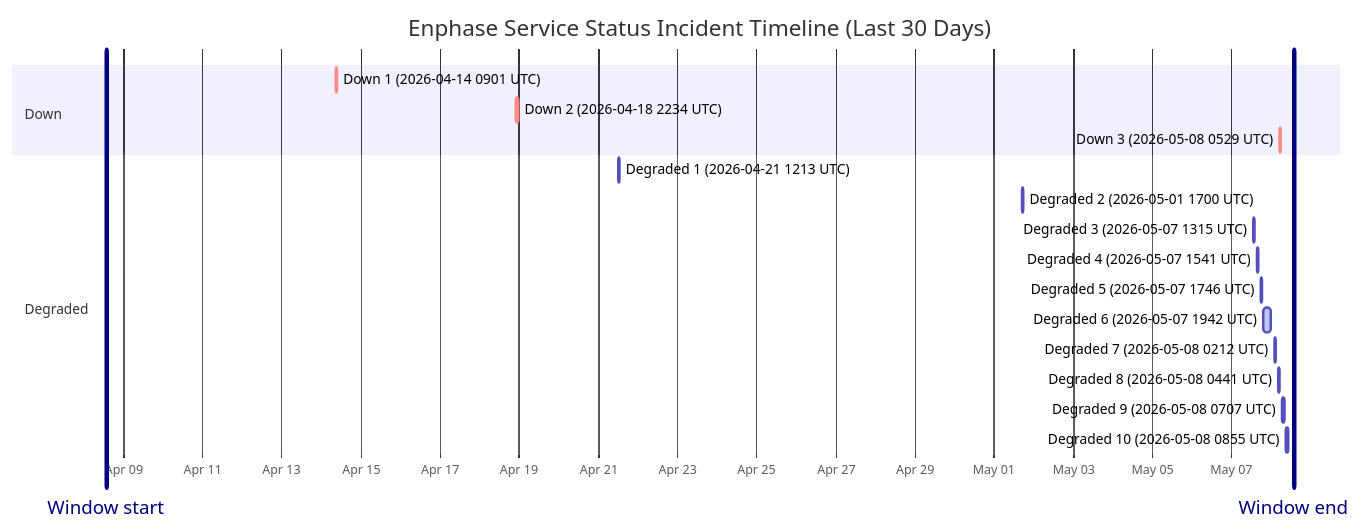
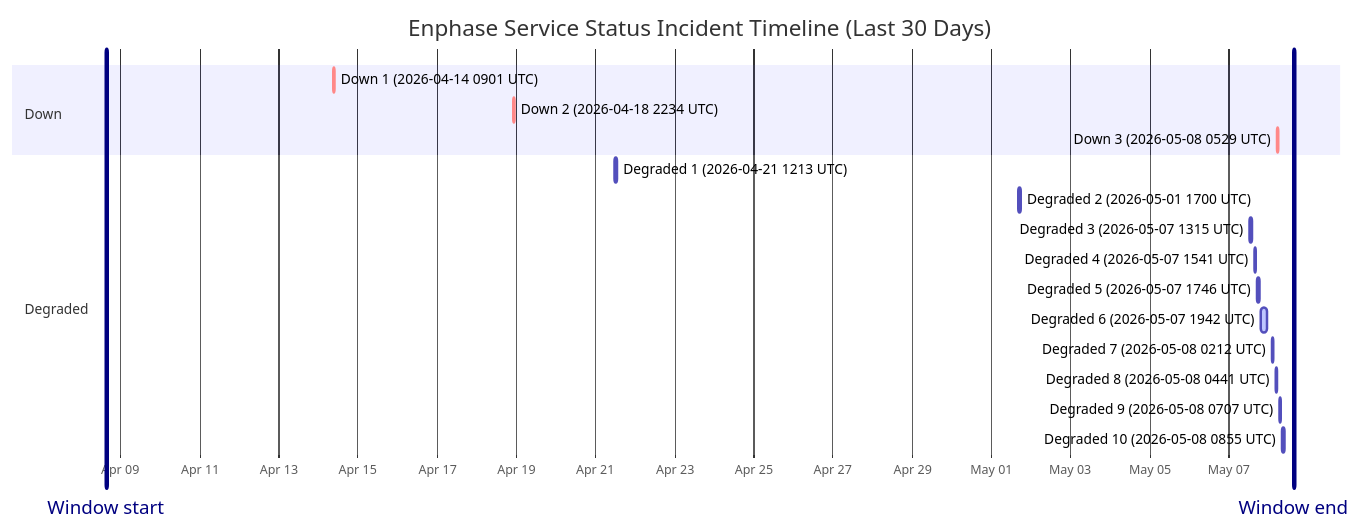
Before and after one commit to barneyonline/ha-enphase-ev-charger: the diagram in wiki/Service-Status-History.md, drawn with Mermaid. The commit also changed other lines of this file and 3 other files, not shown here.

````diff
--- a/wiki/Service-Status-History.md
+++ b/wiki/Service-Status-History.md
@@ -14,23 +14,23 @@
 ```mermaid
 gantt
     title Enphase Service Status Incident Timeline (Last 30 Days)
     dateFormat  YYYY-MM-DDTHH:mm:ss
     axisFormat  %b %d
-    Window start :vert, window-start, 2026-04-08T13:45:14, 0ms
-    Window end :vert, window-end, 2026-05-08T13:45:14, 0ms
+    Window start :vert, window-start, 2026-04-08T15:24:20, 0ms
+    Window end :vert, window-end, 2026-05-08T15:24:20, 0ms
     section Down
     Down 1 (2026-04-14 0901 UTC) :crit, down-1, 2026-04-14T09:01:13, 60m
     Down 2 (2026-04-18 2234 UTC) :crit, down-2, 2026-04-18T22:34:13, 60m
     Down 3 (2026-05-08 0529 UTC) :crit, down-3, 2026-05-08T05:29:47, 60m
     section Degraded
     Degraded 1 (2026-04-21 1213 UTC) :active, degraded-1, 2026-04-21T12:13:11, 60m
     Degraded 2 (2026-05-01 1700 UTC) :active, degraded-2, 2026-05-01T17:00:22, 60m
     Degraded 3 (2026-05-07 1315 UTC) :active, degraded-3, 2026-05-07T13:15:25, 60m
     Degraded 4 (2026-05-07 1541 UTC) :active, degraded-4, 2026-05-07T15:41:58, 60m
     Degraded 5 (2026-05-07 1746 UTC) :active, degraded-5, 2026-05-07T17:46:51, 60m
     Degraded 6 (2026-05-07 1942 UTC) :active, degraded-6, 2026-05-07T19:42:10, 249m
     Degraded 7 (2026-05-08 0212 UTC) :active, degraded-7, 2026-05-08T02:12:39, 60m
     Degraded 8 (2026-05-08 0441 UTC) :active, degraded-8, 2026-05-08T04:41:46, 60m
     Degraded 9 (2026-05-08 0707 UTC) :active, degraded-9, 2026-05-08T07:07:30, 60m
     Degraded 10 (2026-05-08 0855 UTC) :active, degraded-10, 2026-05-08T08:55:20, 88m
 ```
````
